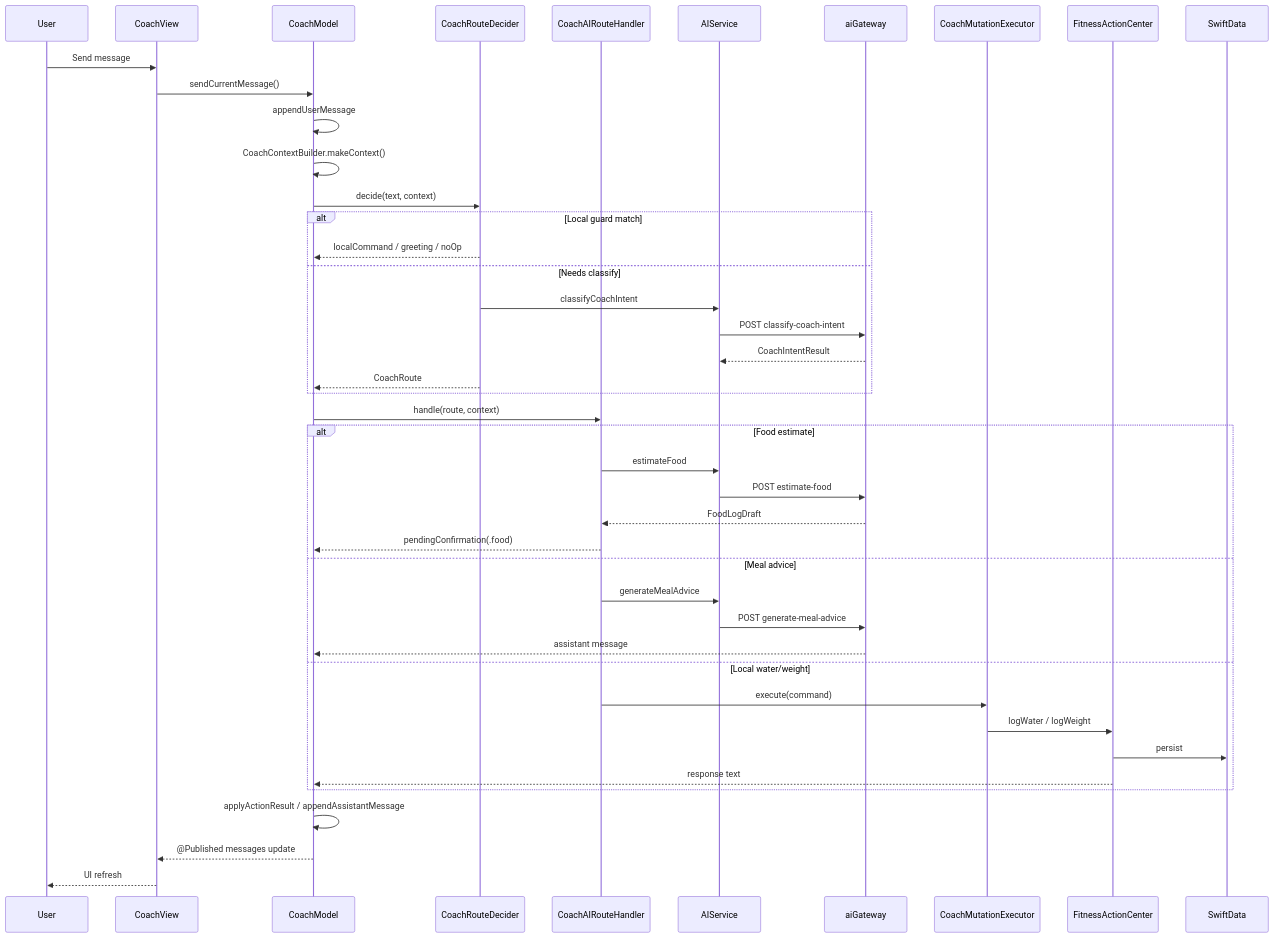
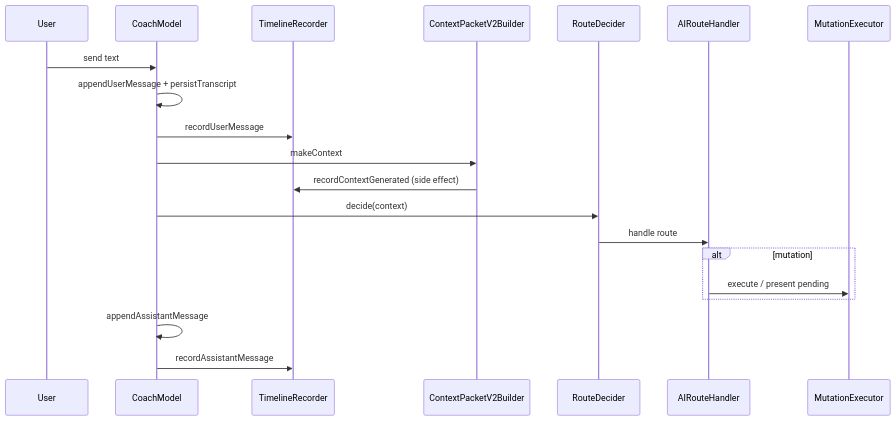
The second of 9 diagrams in Docs/Coach/COACH_FULL_CONTEXT_PACKET.md (isaacchua0309/FitnessCoach), drawn with Mermaid before and after one commit. The commit also changed other lines of this file and 28 other files, not shown here.

First line of the commit message:
Fix post-v2 build errors and update Coach context documentation.

````diff
--- a/Docs/Coach/COACH_FULL_CONTEXT_PACKET.md
+++ b/Docs/Coach/COACH_FULL_CONTEXT_PACKET.md
@@ -317,46 +305,23 @@
 ```mermaid
 sequenceDiagram
     participant U as User
-    participant CV as CoachView
     participant CM as CoachModel
-    participant RD as CoachRouteDecider
-    participant RH as CoachAIRouteHandler
-    participant AIS as AIService
-    participant GW as aiGateway
-    participant ME as CoachMutationExecutor
-    participant AC as FitnessActionCenter
-    participant DB as SwiftData
+    participant TR as TimelineRecorder
+    participant CB as ContextPacketV2Builder
+    participant RD as RouteDecider
+    participant RH as AIRouteHandler
+    participant ME as MutationExecutor
 
-    U->>CV: Send message
-    CV->>CM: sendCurrentMessage()
-    CM->>CM: appendUserMessage
-    CM->>CM: CoachContextBuilder.makeContext()
-    CM->>RD: decide(text, context)
-    alt Local guard match
-        RD-->>CM: localCommand / greeting / noOp
-    else Needs classify
-        RD->>AIS: classifyCoachIntent
-        AIS->>GW: POST classify-coach-intent
-        GW-->>AIS: CoachIntentResult
-        RD-->>CM: CoachRoute
+    U->>CM: send text
+    CM->>CM: appendUserMessage + persistTranscript
+    CM->>TR: recordUserMessage
+    CM->>CB: makeContext
+    CB->>TR: recordContextGenerated (side effect)
+    CM->>RD: decide(context)
+    RD->>RH: handle route
+    alt mutation
+        RH->>ME: execute / present pending
     end
-    CM->>RH: handle(route, context)
-    alt Food estimate
-        RH->>AIS: estimateFood
-        AIS->>GW: POST estimate-food
-        GW-->>RH: FoodLogDraft
-        RH-->>CM: pendingConfirmation(.food)
-    else Meal advice
-        RH->>AIS: generateMealAdvice
-        AIS->>GW: POST generate-meal-advice
-        GW-->>CM: assistant message
-    else Local water/weight
-        RH->>ME: execute(command)
-        ME->>AC: logWater / logWeight
-        AC->>DB: persist
-        AC-->>CM: response text
-    end
-    CM->>CM: applyActionResult / appendAssistantMessage
-    CM-->>CV: @Published messages update
-    CV-->>U: UI refresh
+    CM->>CM: appendAssistantMessage
+    CM->>TR: recordAssistantMessage
 ```
````
